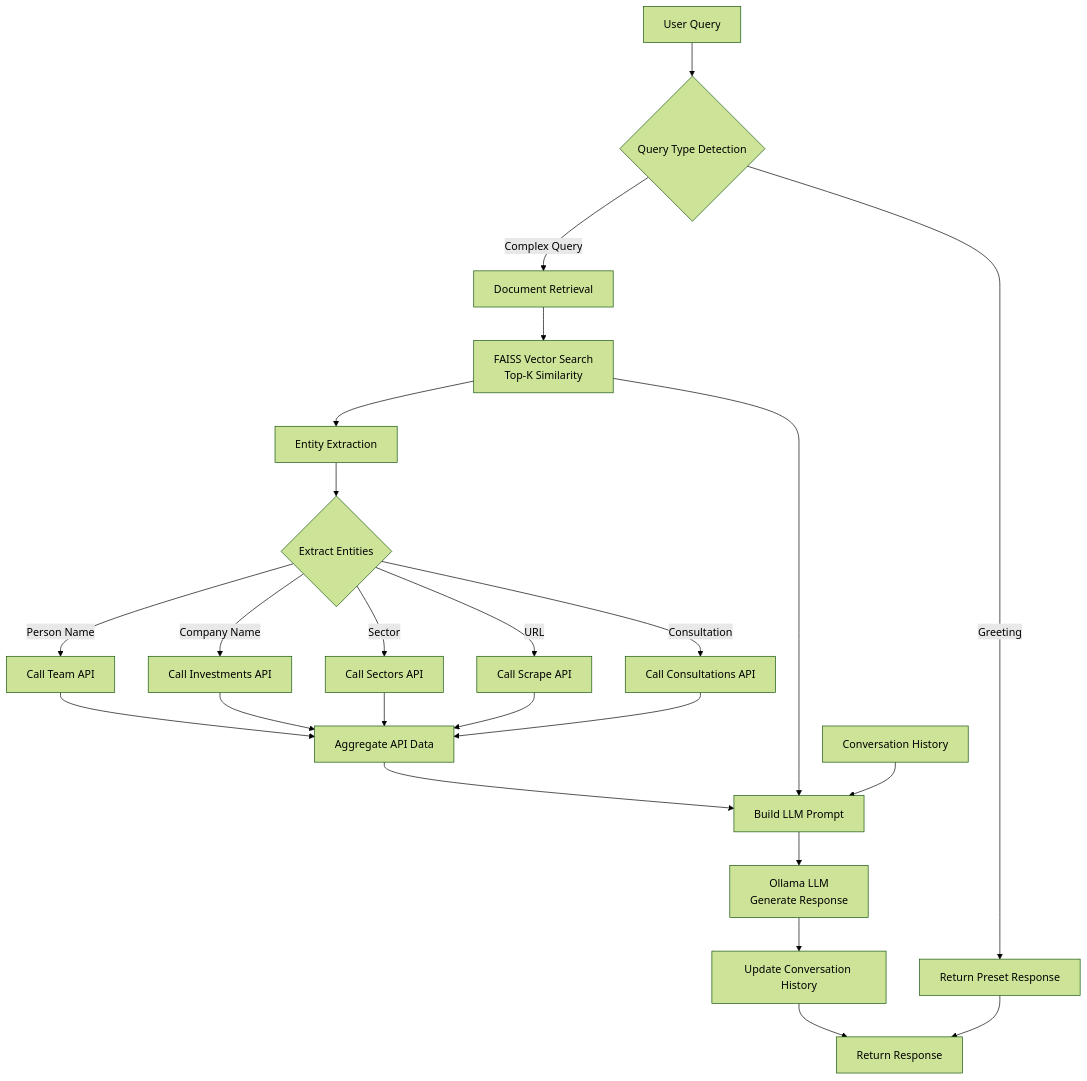
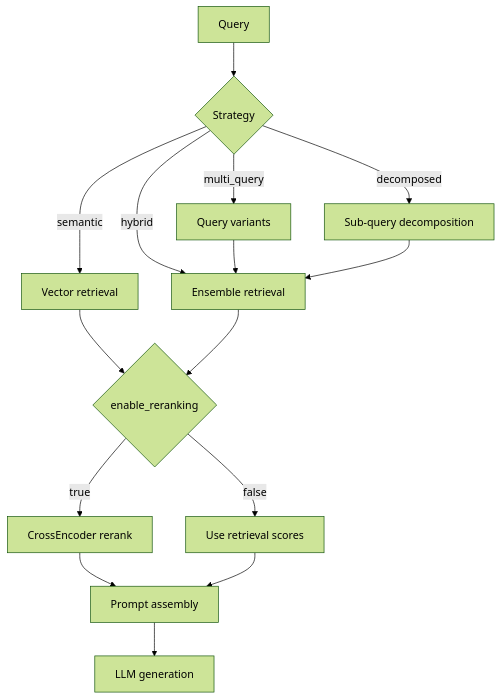
Before and after one commit to yamposskype/AI-RAG-LangChain: the fifth of 21 diagrams in ARCHITECTURE.md, drawn with Mermaid (forest theme). The commit also changed other lines of this file and 164 other files, not shown here.

````diff
--- a/ARCHITECTURE.md
+++ b/ARCHITECTURE.md
@@ -285,34 +312,21 @@
 ```mermaid
-graph TB
-    A[User Query] --> B{Query Type Detection}
+flowchart TD
+    Q[Query] --> STRAT{Strategy}
+    STRAT -->|semantic| S1[Vector retrieval]
+    STRAT -->|hybrid| H1[Ensemble retrieval]
+    STRAT -->|multi_query| M1[Query variants]
+    STRAT -->|decomposed| D1[Sub-query decomposition]
 
-    B -->|Greeting| C[Return Preset Response]
-    B -->|Complex Query| D[Document Retrieval]
+    M1 --> H1
+    D1 --> H1
 
-    D --> E[FAISS Vector Search<br/>Top-K Similarity]
+    S1 --> RR{enable_reranking}
+    H1 --> RR
 
-    E --> F[Entity Extraction]
-    F --> G{Extract Entities}
+    RR -->|true| R1[CrossEncoder rerank]
+    RR -->|false| R2[Use retrieval scores]
 
-    G -->|Person Name| H[Call Team API]
-    G -->|Company Name| I[Call Investments API]
-    G -->|Sector| J[Call Sectors API]
-    G -->|URL| K[Call Scrape API]
-    G -->|Consultation| L[Call Consultations API]
-
-    H --> M[Aggregate API Data]
-    I --> M
-    J --> M
-    K --> M
-    L --> M
-
-    M --> N[Build LLM Prompt]
-    E --> N
-    O[Conversation History] --> N
-
-    N --> P[Ollama LLM<br/>Generate Response]
-    P --> Q[Update Conversation History]
-    Q --> R[Return Response]
-
-    C --> R
+    R1 --> P[Prompt assembly]
+    R2 --> P
+    P --> G[LLM generation]
 ```
````
